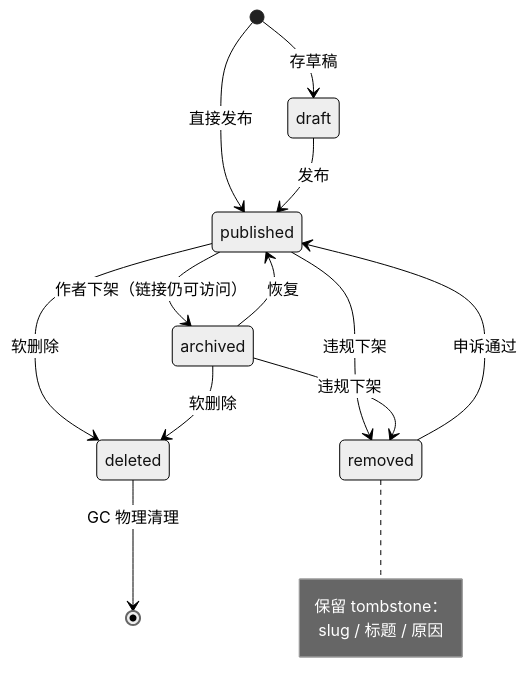
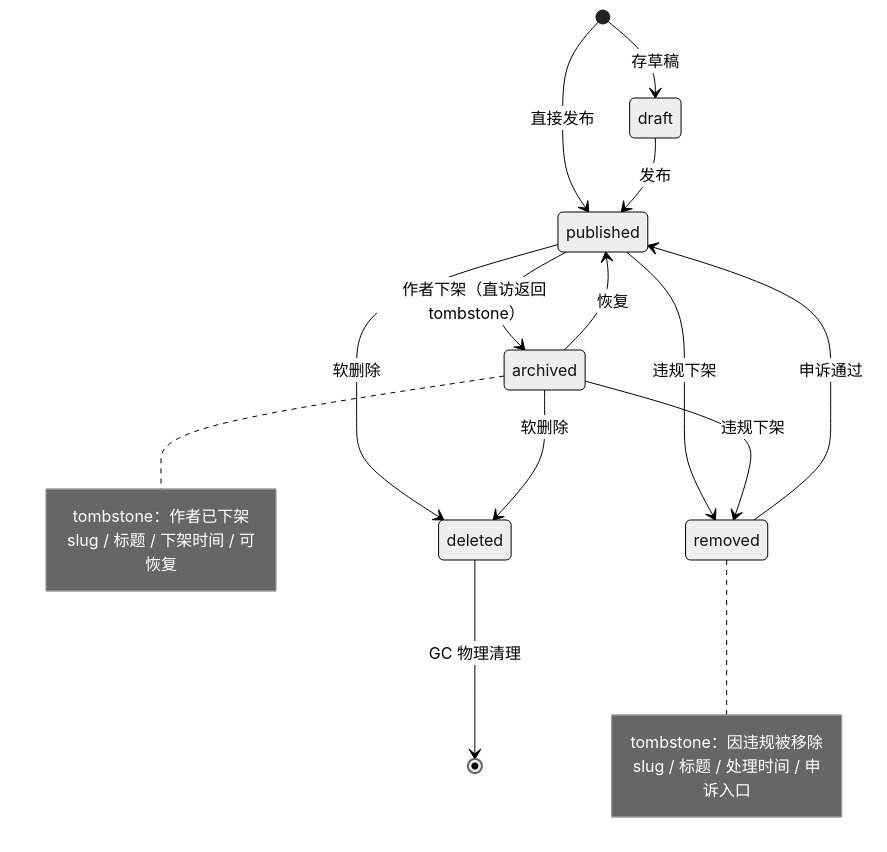
Before and after one commit to deepdemos/ds-demos-showcase: the eighth of 16 diagrams in docs/Demo域设计.md, drawn with Mermaid (neutral theme). The commit also changed other lines of this file and 36 other files, not shown here.

````diff
--- a/docs/Demo域设计.md
+++ b/docs/Demo域设计.md
@@ -598,18 +713,22 @@
 ```mermaid
 stateDiagram-v2
     [*] --> draft: 存草稿
     [*] --> published: 直接发布
     draft --> published: 发布
-    published --> archived: 作者下架（链接仍可访问）
+    published --> archived: 作者下架（直访返回 tombstone）
     archived --> published: 恢复
     published --> removed: 违规下架
     archived --> removed: 违规下架
     removed --> published: 申诉通过
     published --> deleted: 软删除
     archived --> deleted: 软删除
     deleted --> [*]: GC 物理清理
+    note right of archived
+        tombstone：作者已下架
+        slug / 标题 / 下架时间 / 可恢复
+    end note
     note right of removed
-        保留 tombstone：
-        slug / 标题 / 原因
+        tombstone：因违规被移除
+        slug / 标题 / 处理时间 / 申诉入口
     end note
 ```
````
